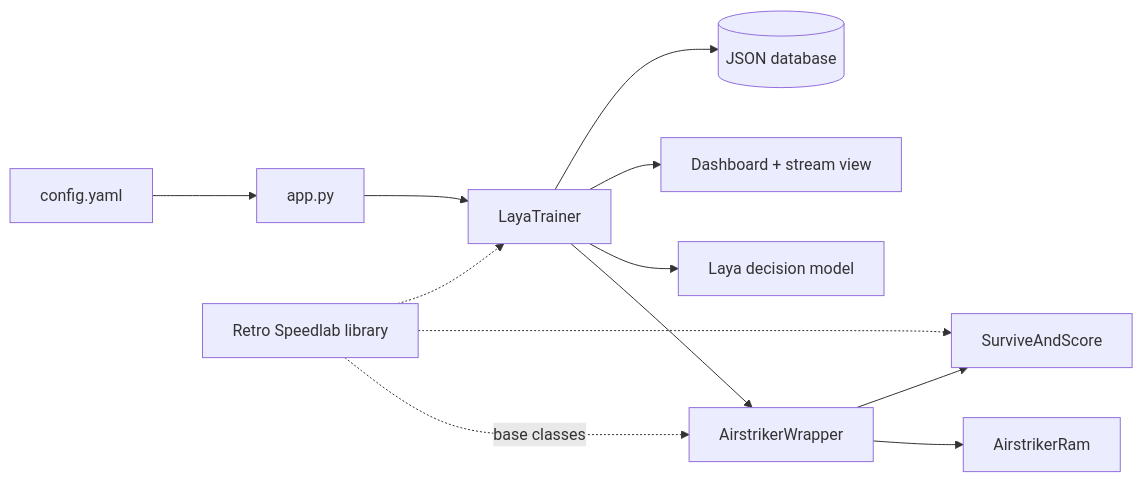
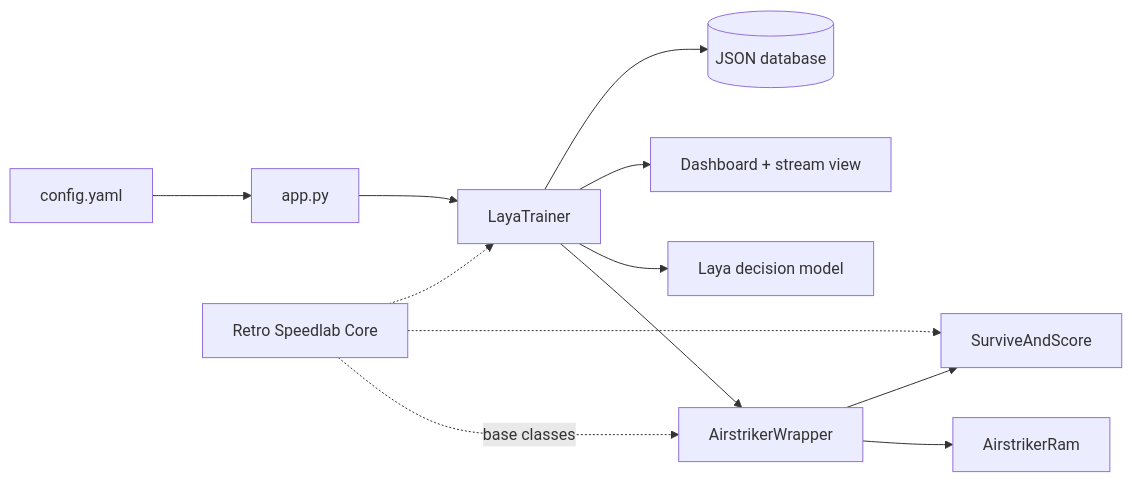
Before and after one commit to datenwissenschaften/retro-speedlab: the second of 2 diagrams in README.md, drawn with Mermaid. The commit also changed other lines of this file and 4 other files, not shown here.

First line of the commit message:
feat(template): generate game packages for the Retro Speedlab lab

````diff
--- a/README.md
+++ b/README.md
@@ -110,14 +130,14 @@
 ```mermaid
 flowchart LR
     CFG[config.yaml] --> APP[app.py]
     APP --> TRAINER[LayaTrainer]
     TRAINER --> WRAP[AirstrikerWrapper]
     WRAP --> RAM[AirstrikerRam]
     WRAP --> STATE[SurviveAndScore]
     TRAINER --> LAYA[Laya decision model]
     TRAINER --> UI[Dashboard + stream view]
     TRAINER --> DB[(JSON database)]
-    LIB[Retro Speedlab library] -.base classes.-> WRAP
+    LIB[Retro Speedlab Core] -.base classes.-> WRAP
     LIB -.-> STATE
     LIB -.-> TRAINER
 ```
````
